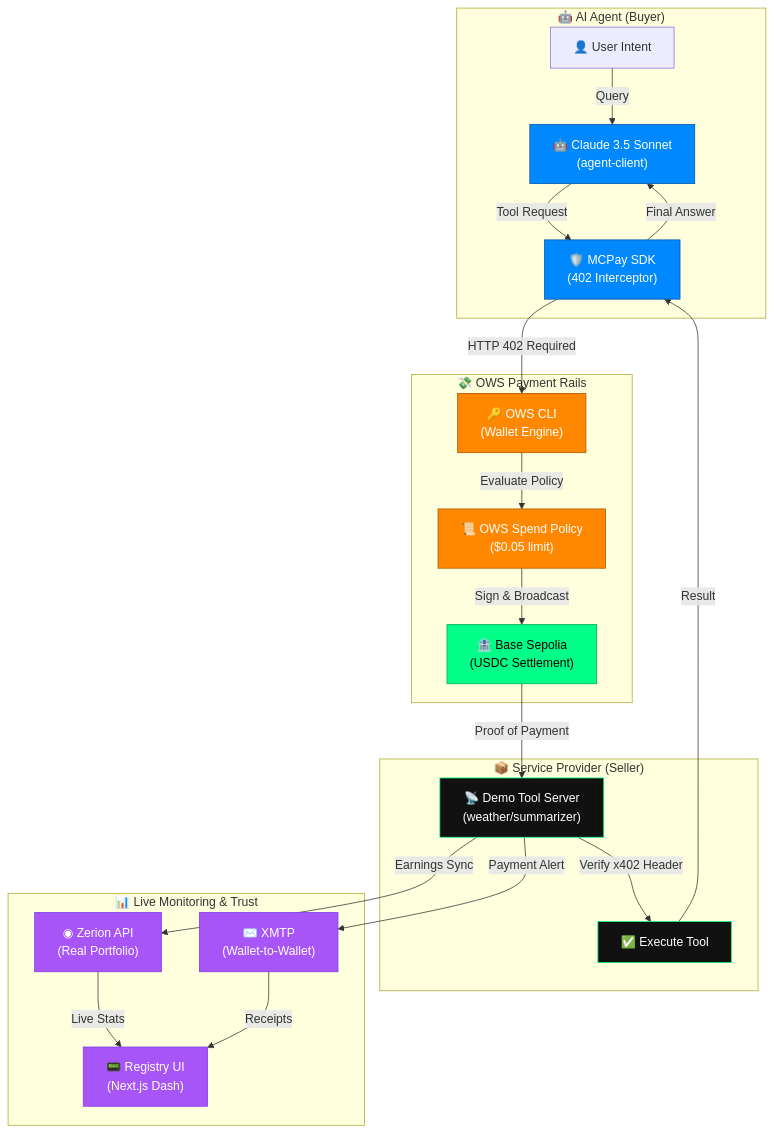
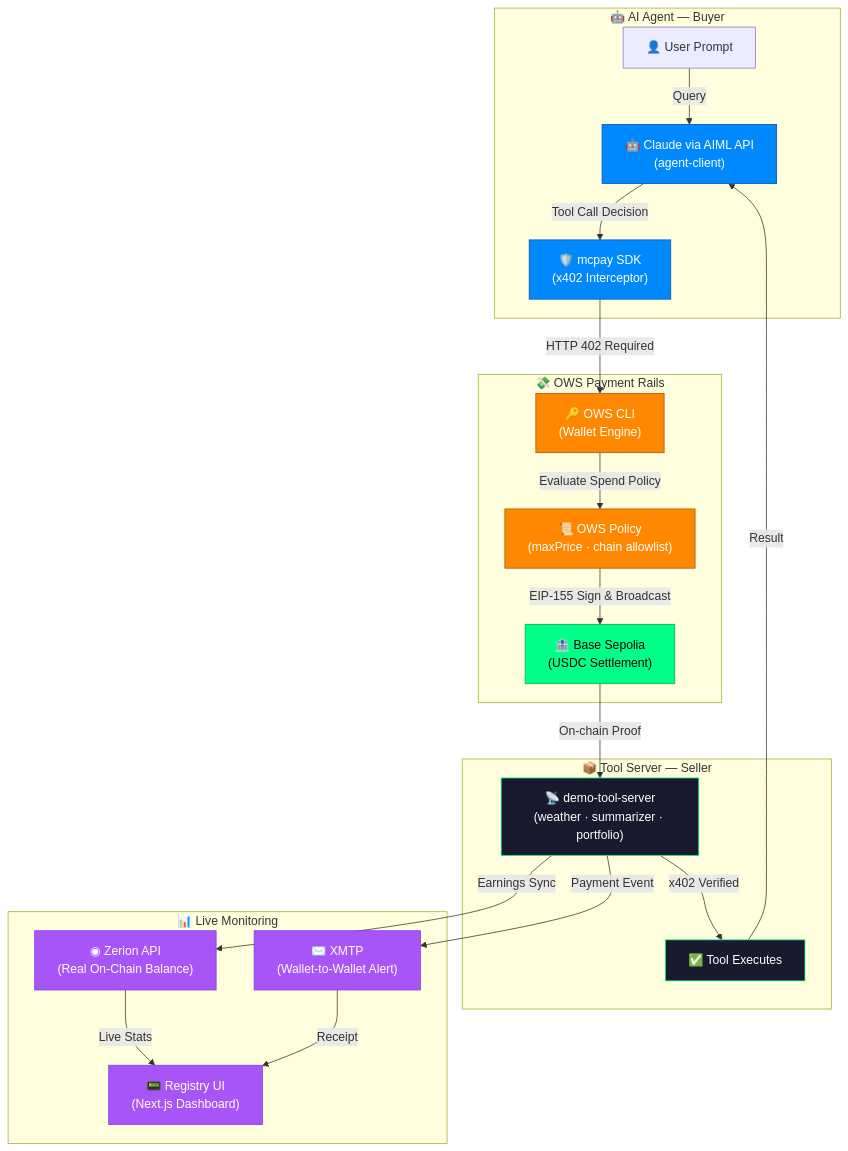
The diagram in README.md (NikhilRaikwar/MCPay), drawn with Mermaid before and after one commit. The commit also changed other lines of this file and 8 other files, not shown here.

````diff
--- a/README.md
+++ b/README.md
@@ -17,39 +13,38 @@
 ```mermaid
 graph TD
-    subgraph "🤖 AI Agent (Buyer)"
-    A["👤 User Intent"] -->|Query| B["🤖 Claude 3.5 Sonnet <br/>(agent-client)"]
-    B -->|Tool Request| C["🛡️ MCPay SDK <br/>(402 Interceptor)"]
+    subgraph "🤖 AI Agent — Buyer"
+    A["👤 User Prompt"] -->|Query| B["🤖 Claude via AIML API<br/>(agent-client)"]
+    B -->|Tool Call Decision| C["🛡️ mcpay SDK<br/>(x402 Interceptor)"]
     end
 
     subgraph "💸 OWS Payment Rails"
-    C -->|HTTP 402 Required| D["🔑 OWS CLI <br/>(Wallet Engine)"]
-    D -->|Evaluate Policy| D1["📜 OWS Spend Policy <br/>($0.05 limit)"]
-    D1 -->|Sign & Broadcast| E["🏦 Base Sepolia <br/>(USDC Settlement)"]
+    C -->|HTTP 402 Required| D["🔑 OWS CLI<br/>(Wallet Engine)"]
+    D -->|Evaluate Spend Policy| D1["📜 OWS Policy<br/>(maxPrice · chain allowlist)"]
+    D1 -->|EIP-155 Sign & Broadcast| E["🏦 Base Sepolia<br/>(USDC Settlement)"]
     end
 
-    subgraph "📦 Service Provider (Seller)"
-    E -->|Proof of Payment| F["📡 Demo Tool Server <br/>(weather/summarizer)"]
-    F -->|Verify x402 Header| G["✅ Execute Tool"]
-    G -->|Result| C
-    C -->|Final Answer| B
+    subgraph "📦 Tool Server — Seller"
+    E -->|On-chain Proof| F["📡 demo-tool-server<br/>(weather · summarizer · portfolio)"]
+    F -->|x402 Verified| G["✅ Tool Executes"]
+    G -->|Result| B
     end
 
-    subgraph "📊 Live Monitoring & Trust"
-    F -->|Payment Alert| H["✉️ XMTP <br/>(Wallet-to-Wallet)"]
-    F -->|Earnings Sync| I["◉ Zerion API <br/>(Real Portfolio)"]
-    I -->|Live Stats| J["📟 Registry UI <br/>(Next.js Dash)"]
-    H -->|Receipts| J
+    subgraph "📊 Live Monitoring"
+    F -->|Payment Event| H["✉️ XMTP<br/>(Wallet-to-Wallet Alert)"]
+    F -->|Earnings Sync| I["◉ Zerion API<br/>(Real On-Chain Balance)"]
+    I -->|Live Stats| J["📟 Registry UI<br/>(Next.js Dashboard)"]
+    H -->|Receipt| J
     end
 
     classDef agent fill:#0088ff,stroke:#0055aa,color:#fff;
     classDef ows fill:#ff8800,stroke:#aa5500,color:#fff;
     classDef blockchain fill:#00ff88,stroke:#00aa55,color:#000;
-    classDef server fill:#111,stroke:#00ff88,color:#fff;
+    classDef server fill:#1a1a2e,stroke:#00ff88,color:#fff;
     classDef monitoring fill:#a855f7,stroke:#7c3aed,color:#fff;
 
     class B,C agent;
     class D,D1 ows;
     class E blockchain;
     class F,G server;
     class H,I,J monitoring;
 ```
````
